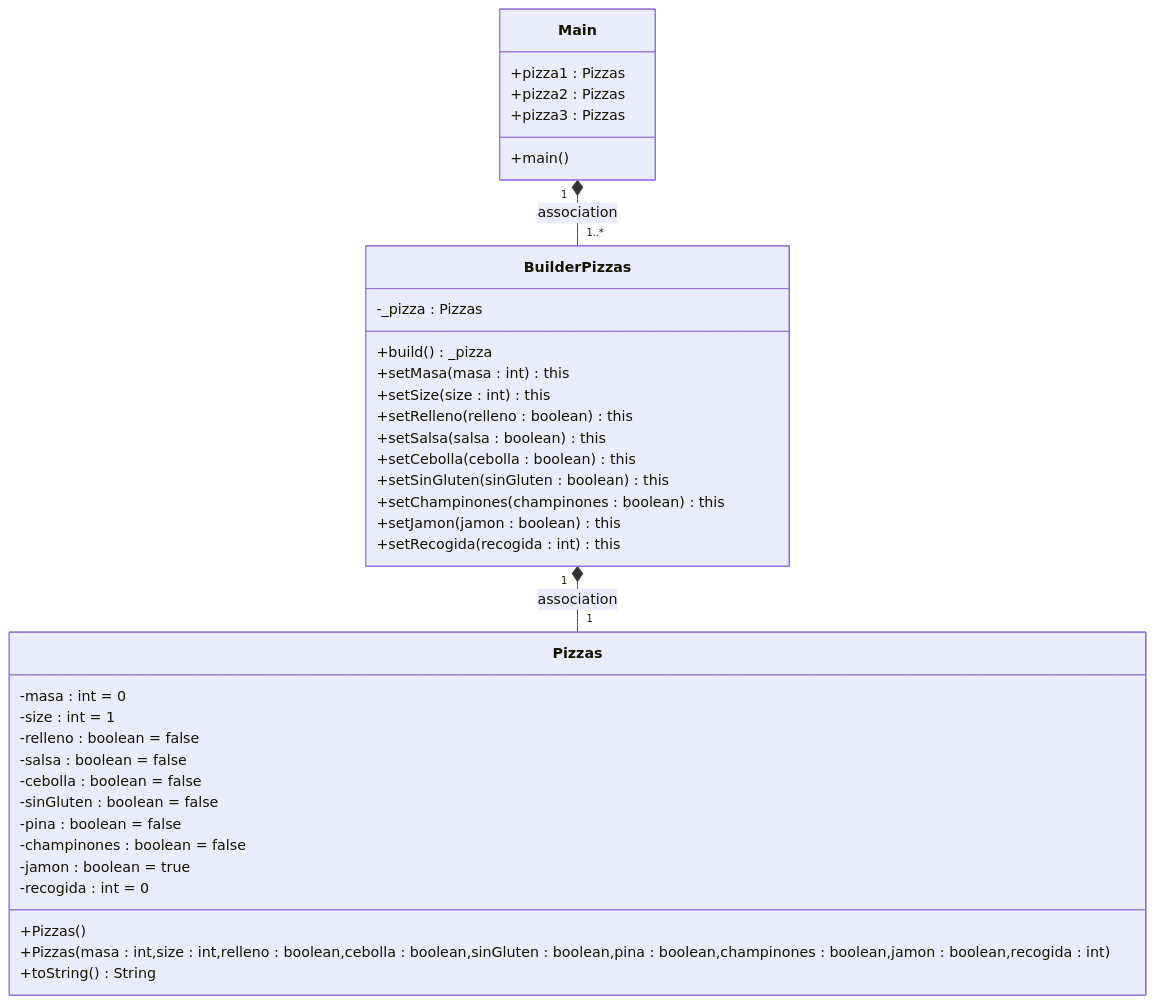
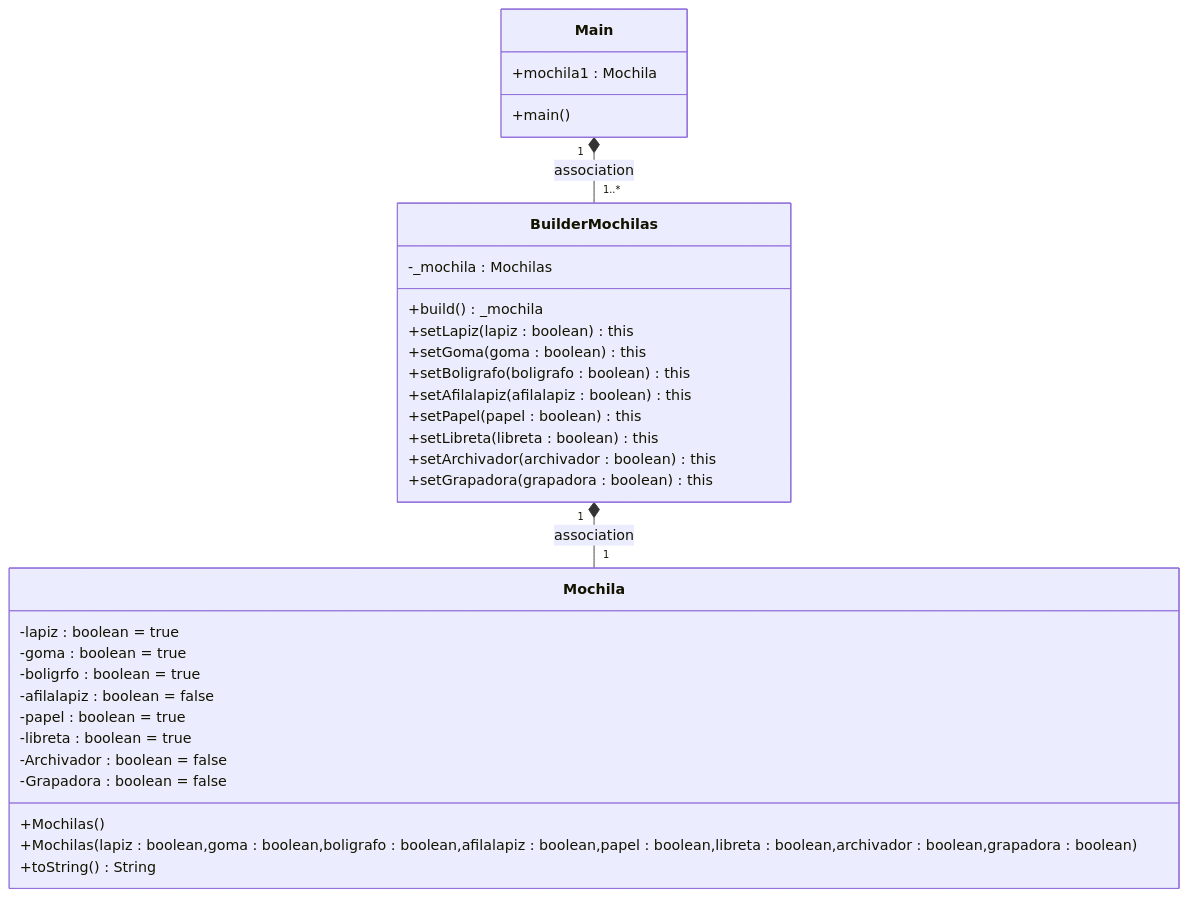
One commit to agonzalezbesada/COD_Boletin15_Builder changed the diagram in Readme.md. Above: the diagram before and after it, drawn with Mermaid. The commit also changed other lines of this file, not shown here.

Commit message:
Examen 2/3

````diff
--- a/Readme.md
+++ b/Readme.md
@@ -16,42 +21,37 @@
 ```mermaid
 classDiagram
     class Main{
-    +pizza1 : Pizzas
-    +pizza2 : Pizzas
-    +pizza3 : Pizzas
+    +mochila1 : Mochila
     +main()
     }
         
-    class BuilderPizzas{
-    -_pizza : Pizzas
-    +build() _pizza
-    +setMasa(masa : int) this
-    +setSize(size : int) this
-    +setRelleno(relleno : boolean) this
-    +setSalsa(salsa : boolean) this
-    +setCebolla(cebolla : boolean) this
-    +setSinGluten(sinGluten : boolean) this
-    +setChampinones(champinones : boolean) this
-    +setJamon(jamon : boolean) this
-    +setRecogida(recogida : int) this
+    class BuilderMochilas{
+    -_mochila : Mochilas
+    +build() _mochila
+    +setLapiz(lapiz : boolean) this
+    +setGoma(goma : boolean) this
+    +setBoligrafo(boligrafo : boolean) this
+    +setAfilalapiz(afilalapiz : boolean) this
+    +setPapel(papel : boolean) this
+    +setLibreta(libreta : boolean) this
+    +setArchivador(archivador : boolean) this
+    +setGrapadora(grapadora : boolean) this
     }
     
-    class Pizzas{
-    -masa : int = 0
-    -size : int = 1
-    -relleno : boolean = false
-    -salsa : boolean = false
-    -cebolla : boolean = false
-    -sinGluten : boolean = false
-    -pina : boolean = false
-    -champinones : boolean = false
-    -jamon : boolean = true
-    -recogida : int = 0
-    +Pizzas()
-    +Pizzas(masa : int,size : int,relleno : boolean,cebolla : boolean,sinGluten : boolean,pina : boolean,champinones : boolean,jamon : boolean,recogida : int)
+    class Mochila{
+    -lapiz : boolean = true
+    -goma : boolean = true
+    -boligrfo : boolean = true
+    -afilalapiz : boolean = false
+    -papel : boolean = true
+    -libreta : boolean = true
+    -Archivador : boolean = false
+    -Grapadora : boolean = false
+    +Mochilas()
+    +Mochilas(lapiz : boolean,goma : boolean,boligrafo : boolean,afilalapiz : boolean,papel : boolean,libreta : boolean,archivador : boolean,grapadora : boolean)
     +toString() String
     }
     
-    Main "1" *-- "1..*" BuilderPizzas : association
-    BuilderPizzas "1" *-- "1" Pizzas : association
+    Main "1" *-- "1..*" BuilderMochilas : association
+    BuilderMochilas "1" *-- "1" Mochila : association
 ```
````
